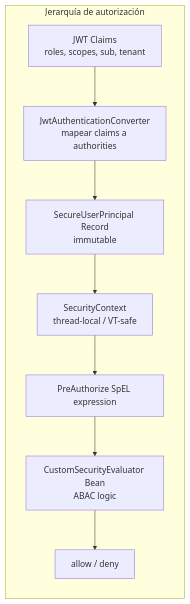
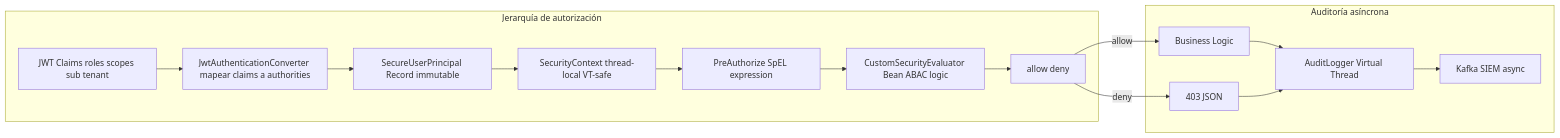
One commit to Joaquinriosheredia/DAM-Java-Mastery changed the second of 5 diagrams in 03_Spring_Ecosystem/spring_security_6_avanzado_metodo_a_metodo_y_oauth2_resource_server_STAFF.md. Above: the diagram before and after it, drawn with Mermaid. The commit also changed other lines of this file, not shown here.

Commit message:
spring_security_6_avanzado_metodo_a_metodo_y_oauth2_resource_server_STAFF.md

````diff
--- a/03_Spring_Ecosystem/spring_security_6_avanzado_metodo_a_metodo_y_oauth2_resource_server_STAFF.md
+++ b/03_Spring_Ecosystem/spring_security_6_avanzado_metodo_a_metodo_y_oauth2_resource_server_STAFF.md
@@ -97,11 +130,19 @@
 ```mermaid
 graph LR
     subgraph "Jerarquía de autorización"
-        JWT[JWT Claims\nroles, scopes, sub, tenant] --> CONV[JwtAuthenticationConverter\nmapear claims a authorities]
-        CONV --> PRINCIPAL[SecureUserPrincipal Record\nimmutable]
-        PRINCIPAL --> CTX[SecurityContext\nthread-local / VT-safe]
+        JWT[JWT Claims roles scopes sub tenant] --> CONV[JwtAuthenticationConverter mapear claims a authorities]
+        CONV --> PRINCIPAL[SecureUserPrincipal Record immutable]
+        PRINCIPAL --> CTX[SecurityContext thread-local VT-safe]
         CTX --> PRE[PreAuthorize SpEL expression]
-        PRE --> EVAL[CustomSecurityEvaluator Bean\nABAC logic]
-        EVAL --> DECISION[allow / deny]
+        PRE --> EVAL[CustomSecurityEvaluator Bean ABAC logic]
+        EVAL --> DECISION[allow deny]
+    end
+    
+    subgraph "Auditoría asíncrona"
+        DECISION -->|allow| BIZ2[Business Logic]
+        DECISION -->|deny| ERR2[403 JSON]
+        BIZ2 --> AUDIT2[AuditLogger Virtual Thread]
+        ERR2 --> AUDIT2
+        AUDIT2 --> KAFKA[Kafka SIEM async]
     end
 ```
````
